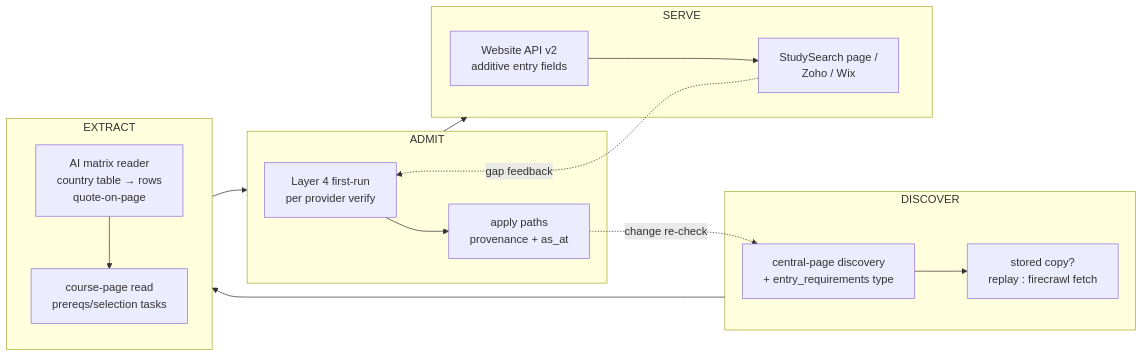
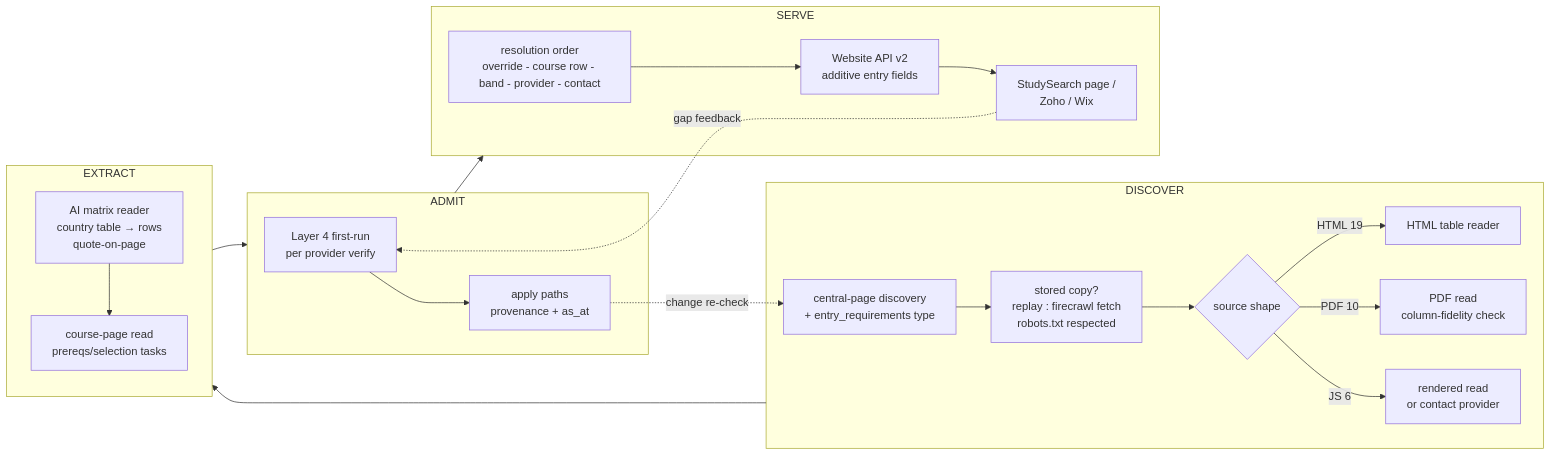
One commit to msinghbs-ai/coursefinder-admin changed the second of 2 diagrams in docs/platform/ENTRY-REQUIREMENTS.md. Above: the diagram before and after it, drawn with Mermaid. The commit also changed other lines of this file and 7 other files, not shown here.

First line of the commit message:
CF-247 entry requirements: Part 1 verified against 40 live providers, design corrected to 1.1 (diagrams), B1 merge noted, build plan

````diff
--- a/docs/platform/ENTRY-REQUIREMENTS.md
+++ b/docs/platform/ENTRY-REQUIREMENTS.md
@@ -121,18 +135,23 @@
 ```mermaid
 flowchart LR
     subgraph DISCOVER
-        A1[central-page discovery<br/>+ entry_requirements type] --> A2[stored copy?<br/>replay : firecrawl fetch]
+        A1[central-page discovery<br/>+ entry_requirements type] --> A2[stored copy?<br/>replay : firecrawl fetch<br/>robots.txt respected]
+        A2 --> A3{source shape}
+        A3 -->|HTML 19| A4[HTML table reader]
+        A3 -->|PDF 10| A5[PDF read<br/>column-fidelity check]
+        A3 -->|JS 6| A6[rendered read<br/>or contact provider]
     end
     subgraph EXTRACT
         B1[AI matrix reader<br/>country table → rows<br/>quote-on-page] --> B2[course-page read<br/>prereqs/selection tasks]
     end
     subgraph ADMIT
         C1[Layer 4 first-run<br/>per provider verify] --> C2[apply paths<br/>provenance + as_at]
     end
     subgraph SERVE
-        D1[Website API v2<br/>additive entry fields] --> D2[StudySearch page /<br/>Zoho / Wix]
+        D0[resolution order<br/>override - course row - band - provider - contact] --> D1[Website API v2<br/>additive entry fields]
+        D1 --> D2[StudySearch page /<br/>Zoho / Wix]
     end
     DISCOVER --> EXTRACT --> ADMIT --> SERVE
     C2 -.change re-check.-> A1
     D2 -.gap feedback.-> C1
 ```
````
